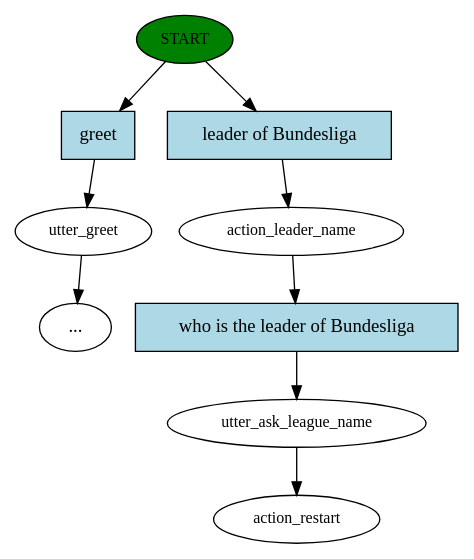
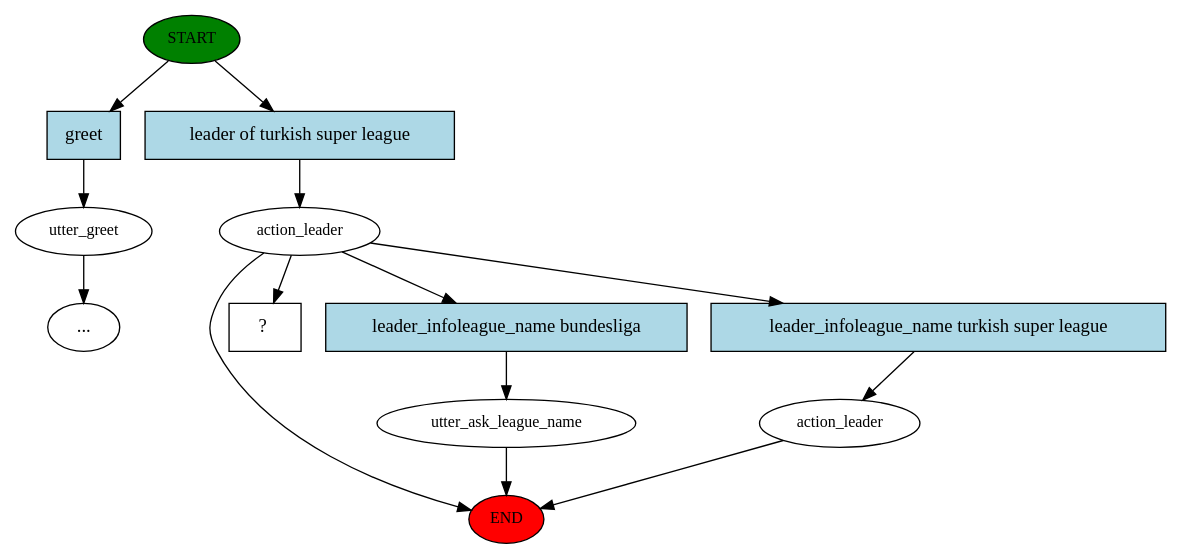
Before and after one commit to cemsinano/SoccerBot: the diagram in story_graph.dot, drawn with Graphviz. The commit also changed 17 other files, not shown here.

```diff
--- a/story_graph.dot
+++ b/story_graph.dot
@@ -1,19 +1,27 @@
 digraph  {
 0 [class="start active", fillcolor=green, fontsize=12, label=START, style=filled];
+"-1" [class=end, fillcolor=red, fontsize=12, label=END, style=filled];
 1 [class="", fontsize=12, label=utter_greet];
 "-5" [class=ellipsis, label="..."];
-4 [class=active, fontsize=12, label=action_leader_name];
-5 [class=active, fontsize=12, label=utter_ask_league_name];
-6 [class="dashed active", fontsize=12, label=action_restart];
-7 [class=intent, fillcolor=lightblue, label=greet, shape=rect, style=filled];
-8 [class="intent active", fillcolor=lightblue, label="leader of Bundesliga ", shape=rect, style=filled];
-9 [class="intent active", fillcolor=lightblue, label="who is the leader of Bundesliga", shape=rect, style=filled];
-0 -> 7  [class="", key=0];
-0 -> 8  [class=active, key=0];
+4 [class=active, fontsize=12, label=action_leader];
+5 [class="", fontsize=12, label=utter_ask_league_name];
+8 [class="", fontsize=12, label=action_leader];
+10 [class="intent dashed active", label="  ?  ", shape=rect];
+11 [class=intent, fillcolor=lightblue, label=greet, shape=rect, style=filled];
+12 [class="intent active", fillcolor=lightblue, label="leader of turkish super league", shape=rect, style=filled];
+13 [class=intent, fillcolor=lightblue, label="leader_infoleague_name bundesliga", shape=rect, style=filled];
+14 [class=intent, fillcolor=lightblue, label="leader_infoleague_name turkish super league", shape=rect, style=filled];
+0 -> 11  [class="", key=0];
+0 -> 12  [class=active, key=0];
 1 -> "-5"  [class="", key=NONE, label=""];
-4 -> 9  [class=active, key=0];
-5 -> 6  [class=active, key=NONE, label=""];
-7 -> 1  [class="", key=0];
-8 -> 4  [class=active, key=0];
-9 -> 5  [class=active, key=0];
+4 -> "-1"  [class="", key=NONE, label=""];
+4 -> 10  [class=active, key=NONE, label=""];
+4 -> 13  [class="", key=0];
+4 -> 14  [class="", key=0];
+5 -> "-1"  [class="", key=NONE, label=""];
+8 -> "-1"  [class="", key=NONE, label=""];
+11 -> 1  [class="", key=0];
+12 -> 4  [class=active, key=0];
+13 -> 5  [class="", key=0];
+14 -> 8  [class="", key=0];
 }
```
